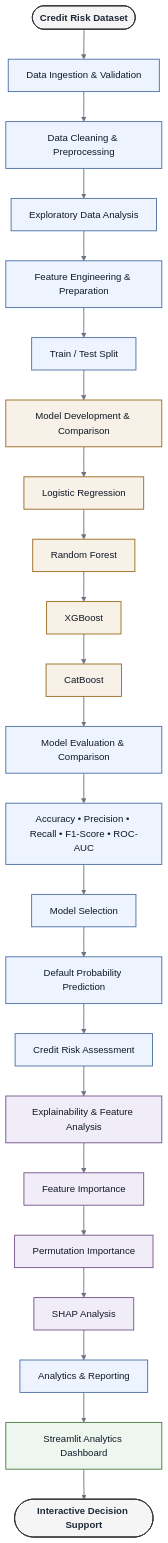
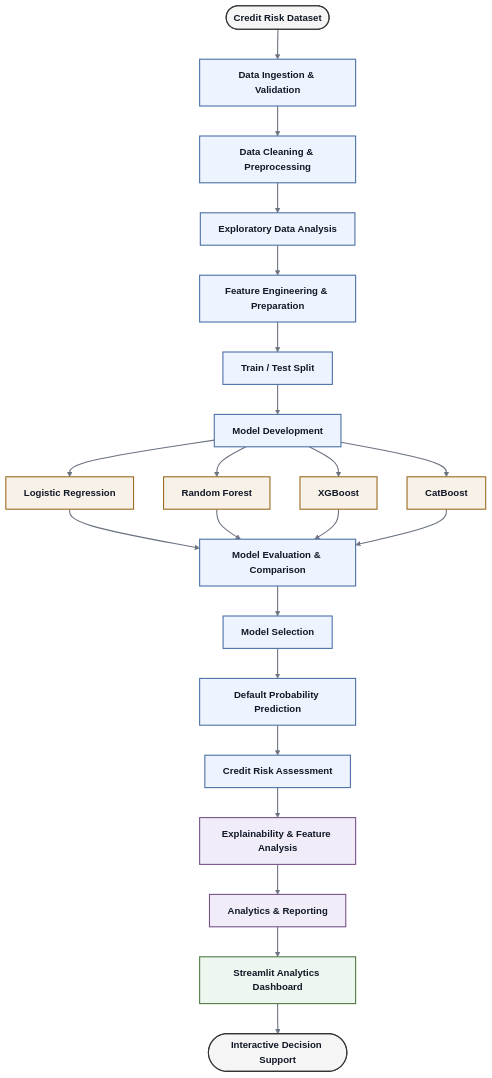
The diagram in README.md (harshaharshu09/credit-risk-assessment-and-decision-system), drawn with Mermaid (forest theme) before and after one commit.

Commit message:
Refine project workflow diagram

````diff
--- a/README.md
+++ b/README.md
@@ -47,39 +47,52 @@
 ```mermaid
 flowchart TD
-    A([Credit Risk Dataset]) --> B[Data Ingestion & Validation]
-    B --> C[Data Cleaning & Preprocessing]
-    C --> D[Exploratory Data Analysis]
-    D --> E[Feature Engineering & Preparation]
-    E --> F[Train / Test Split]
-    F --> G[Model Development & Comparison]
-    G --> G1[Logistic Regression]
-    G1 --> G2[Random Forest]
-    G2 --> G3[XGBoost]
-    G3 --> G4[CatBoost]
-    G4 --> H[Model Evaluation & Comparison]
-    H --> H1[Accuracy • Precision • Recall • F1-Score • ROC-AUC]
-    H1 --> I[Model Selection]
-    I --> J[Default Probability Prediction]
-    J --> K[Credit Risk Assessment]
-    K --> L[Explainability & Feature Analysis]
-    L --> L1[Feature Importance]
-    L1 --> L2[Permutation Importance]
-    L2 --> L3[SHAP Analysis]
-    L3 --> M[Analytics & Reporting]
-    M --> N[Streamlit Analytics Dashboard]
-    N --> O([Interactive Decision Support])
+    A([Credit Risk Dataset])
+    B[Data Ingestion & Validation]
+    C[Data Cleaning & Preprocessing]
+    D[Exploratory Data Analysis]
+    E[Feature Engineering & Preparation]
+    F[Train / Test Split]
+    G[Model Development]
 
-    classDef source fill:#f5f5f5,stroke:#333,stroke-width:1.5px,color:#1f2937,font-weight:bold;
-    classDef process fill:#eef4ff,stroke:#4a6fa5,stroke-width:1.5px,color:#111827;
-    classDef model fill:#f7f1e8,stroke:#9a6a1f,stroke-width:1.5px,color:#111827;
-    classDef analysis fill:#f1edf8,stroke:#76528a,stroke-width:1.5px,color:#111827;
-    classDef application fill:#edf6ef,stroke:#4f7942,stroke-width:1.5px,color:#111827;
+    LR[Logistic Regression]
+    RF[Random Forest]
+    XGB[XGBoost]
+    CB[CatBoost]
+
+    H[Model Evaluation & Comparison]
+    I[Model Selection]
+    J[Default Probability Prediction]
+    K[Credit Risk Assessment]
+    L[Explainability & Feature Analysis]
+    M[Analytics & Reporting]
+    N[Streamlit Analytics Dashboard]
+    O([Interactive Decision Support])
+
+    A --> B --> C --> D --> E --> F --> G
+
+    G --> LR
+    G --> RF
+    G --> XGB
+    G --> CB
+
+    LR --> H
+    RF --> H
+    XGB --> H
+    CB --> H
+
+    H --> I --> J --> K --> L --> M --> N --> O
+
+    classDef source fill:#f5f5f5,stroke:#333,stroke-width:1.8px,color:#111827,font-weight:bold;
+    classDef process fill:#eef4ff,stroke:#4a6fa5,stroke-width:1.8px,color:#111827,font-weight:bold;
+    classDef model fill:#f7f1e8,stroke:#9a6a1f,stroke-width:1.8px,color:#111827,font-weight:bold;
+    classDef analysis fill:#f1edf8,stroke:#76528a,stroke-width:1.8px,color:#111827,font-weight:bold;
+    classDef application fill:#edf6ef,stroke:#4f7942,stroke-width:1.8px,color:#111827,font-weight:bold;
 
     class A,O source;
-    class B,C,D,E,F,H,H1,I,J,K,M process;
-    class G,G1,G2,G3,G4 model;
-    class L,L1,L2,L3 analysis;
+    class B,C,D,E,F,G,H,I,J,K process;
+    class LR,RF,XGB,CB model;
+    class L,M analysis;
     class N application;
 
-    linkStyle default stroke:#6b7280,stroke-width:1.5px;
+    linkStyle default stroke:#6b7280,stroke-width:1.8px;
 ```
````
